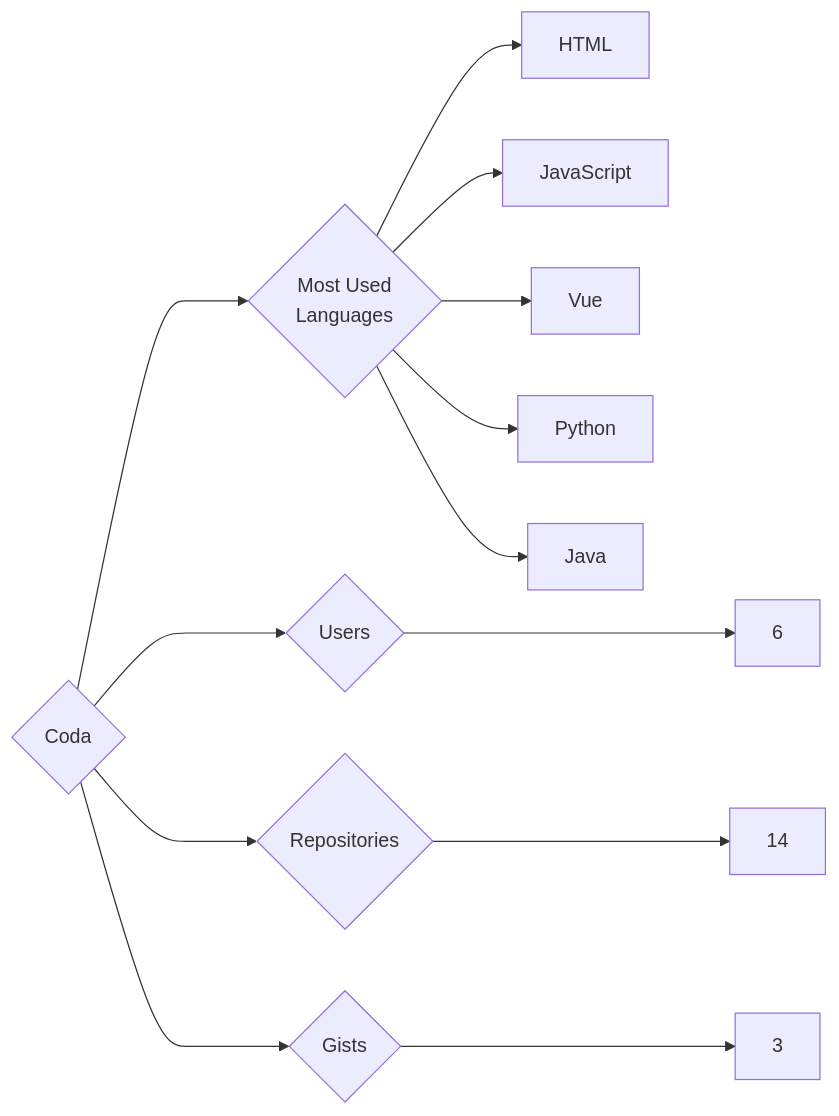
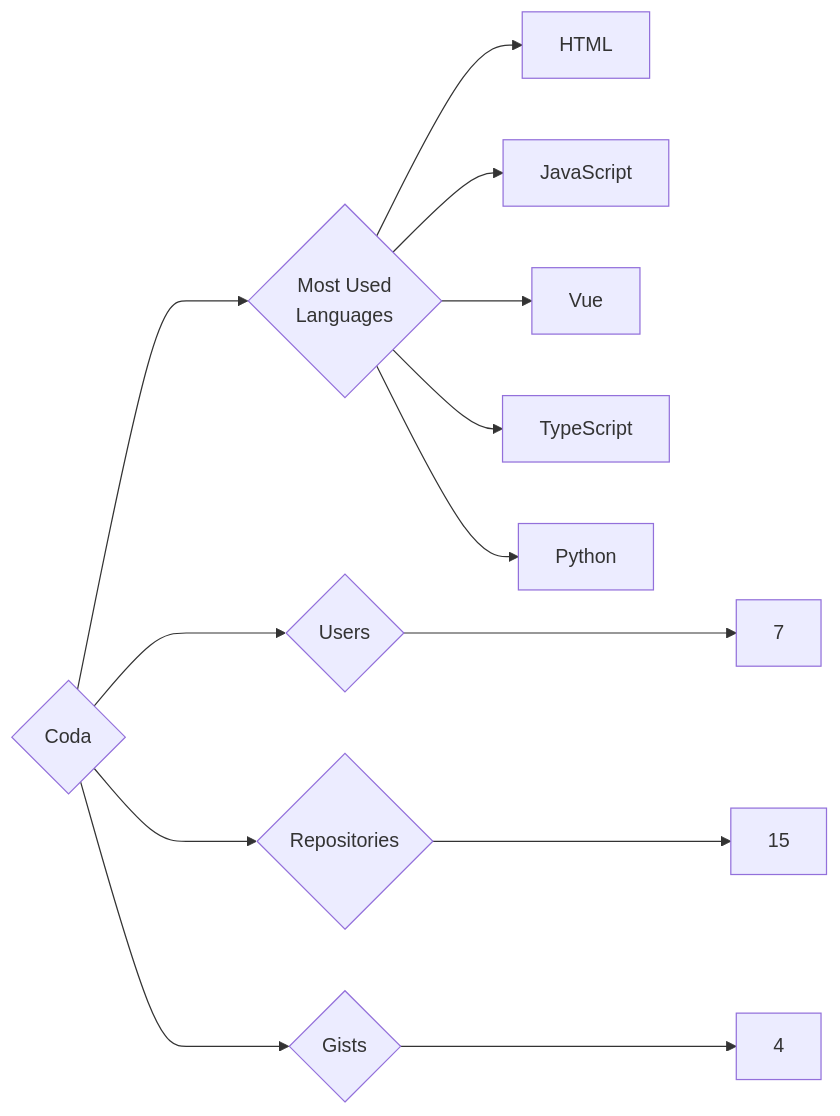
One commit to trickest/insiders changed the diagram in targets/Coda/README.md. Above: the diagram before and after it, drawn with Mermaid. The commit also changed 938 other files, not shown here.

````diff
--- a/targets/Coda/README.md
+++ b/targets/Coda/README.md
@@ -3,13 +3,13 @@
 ```mermaid
 graph LR
 COMPANY_NAME{Coda}
-COMPANY_NAME ---> U{Users} ---> UN[6]
-COMPANY_NAME ---> R{Repositories} ---> RN[14]
-COMPANY_NAME ---> G{Gists} ---> GN[3]
+COMPANY_NAME ---> U{Users} ---> UN[7]
+COMPANY_NAME ---> R{Repositories} ---> RN[15]
+COMPANY_NAME ---> G{Gists} ---> GN[4]
 COMPANY_NAME ---> ML{Most Used<br>Languages}
 ML --> HTML[HTML]
 ML --> JavaScript[JavaScript]
 ML --> Vue[Vue]
+ML --> TypeScript[TypeScript]
 ML --> Python[Python]
-ML --> Java[Java]
 ```
````
